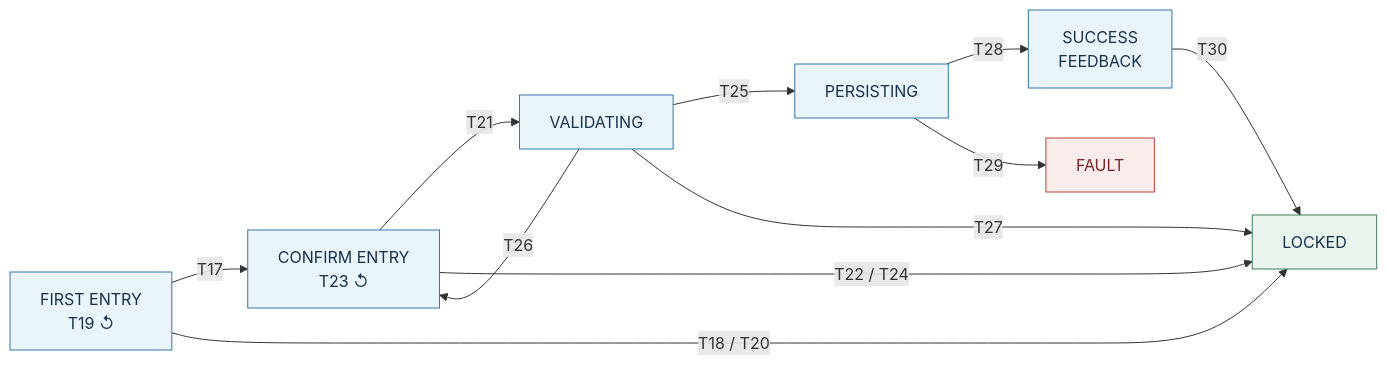
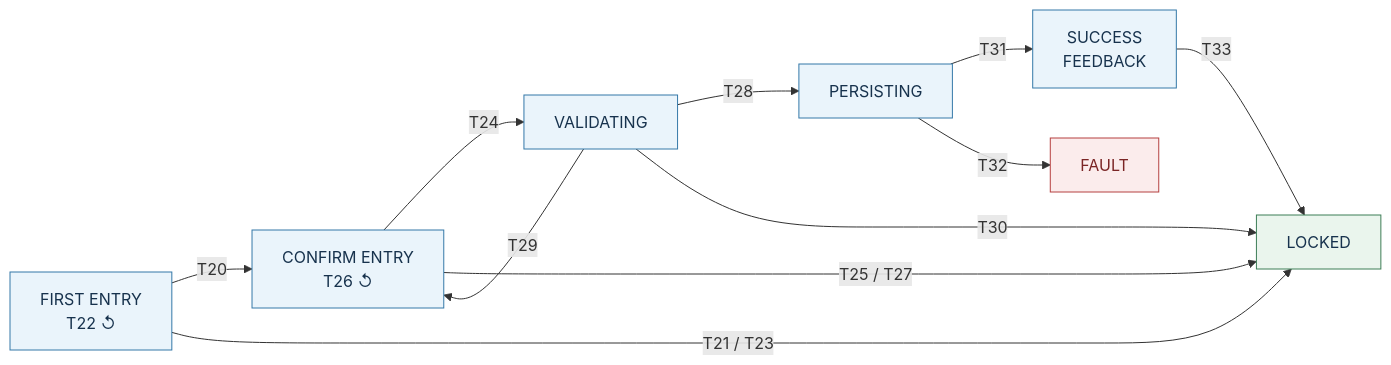
The third of 7 diagrams in Libs/Services/Lock_Control/README.md (JP-REY/STM32F103C8T6-Based-Electronic-Lock), drawn with Mermaid before and after one commit. The commit also changed other lines of this file and 2 other files, not shown here.

First line of the commit message:
feature(lock-control): add door-aware relock flow

````diff
--- a/Libs/Services/Lock_Control/README.md
+++ b/Libs/Services/Lock_Control/README.md
@@ -494,22 +534,22 @@
 ```mermaid
 flowchart LR
-    FIRST["FIRST ENTRY<br/>T19 ↺"] -->|T17| CONFIRM["CONFIRM ENTRY<br/>T23 ↺"]
-    CONFIRM -->|T21| VALIDATE["VALIDATING"]
-    VALIDATE -->|T25| PERSIST["PERSISTING"]
-    PERSIST -->|T28| FEEDBACK["SUCCESS<br/>FEEDBACK"]
-    FEEDBACK -->|T30| LOCKED["LOCKED"]
+    FIRST["FIRST ENTRY<br/>T22 ↺"] -->|T20| CONFIRM["CONFIRM ENTRY<br/>T26 ↺"]
+    CONFIRM -->|T24| VALIDATE["VALIDATING"]
+    VALIDATE -->|T28| PERSIST["PERSISTING"]
+    PERSIST -->|T31| FEEDBACK["SUCCESS<br/>FEEDBACK"]
+    FEEDBACK -->|T33| LOCKED["LOCKED"]
 
-    VALIDATE -->|T26| CONFIRM
-    FIRST -->|"T18 / T20"| LOCKED
-    CONFIRM -->|"T22 / T24"| LOCKED
-    VALIDATE -->|T27| LOCKED
-    PERSIST -->|T29| FAULT["FAULT"]
+    VALIDATE -->|T29| CONFIRM
+    FIRST -->|"T21 / T23"| LOCKED
+    CONFIRM -->|"T25 / T27"| LOCKED
+    VALIDATE -->|T30| LOCKED
+    PERSIST -->|T32| FAULT["FAULT"]
 
     classDef secure fill:#eaf5ed,stroke:#3d7e57,color:#17324d
     classDef active fill:#eaf4fb,stroke:#3478a8,color:#17324d
     classDef fault fill:#fbecec,stroke:#b54040,color:#7a2525
 
     class FIRST,CONFIRM,VALIDATE,PERSIST,FEEDBACK active
     class LOCKED secure
     class FAULT fault
 ```
````
